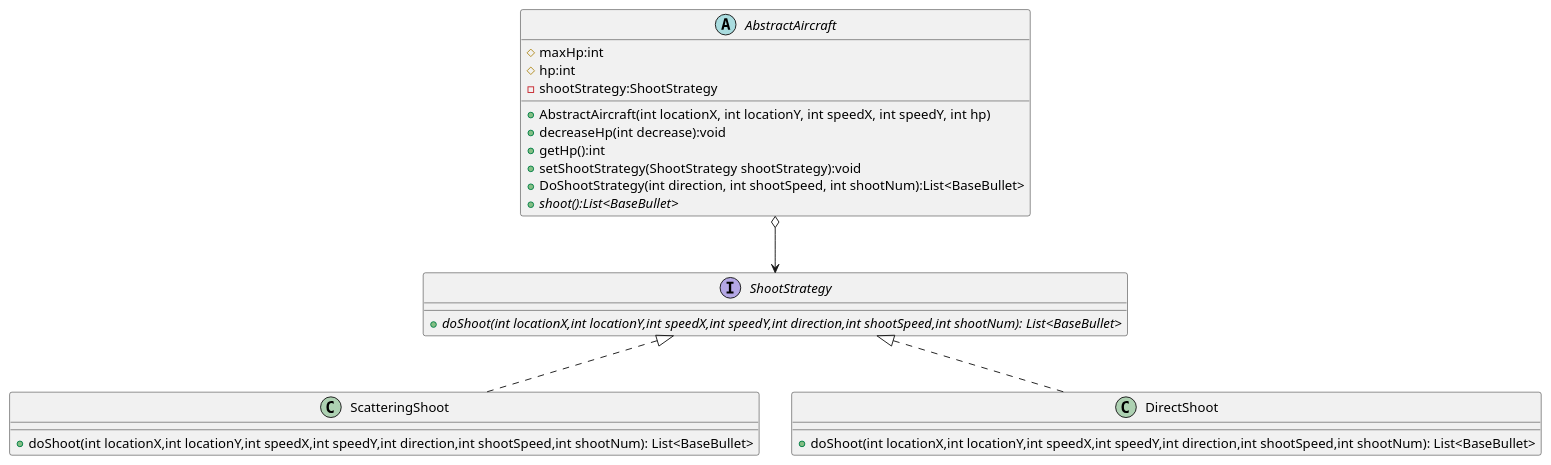
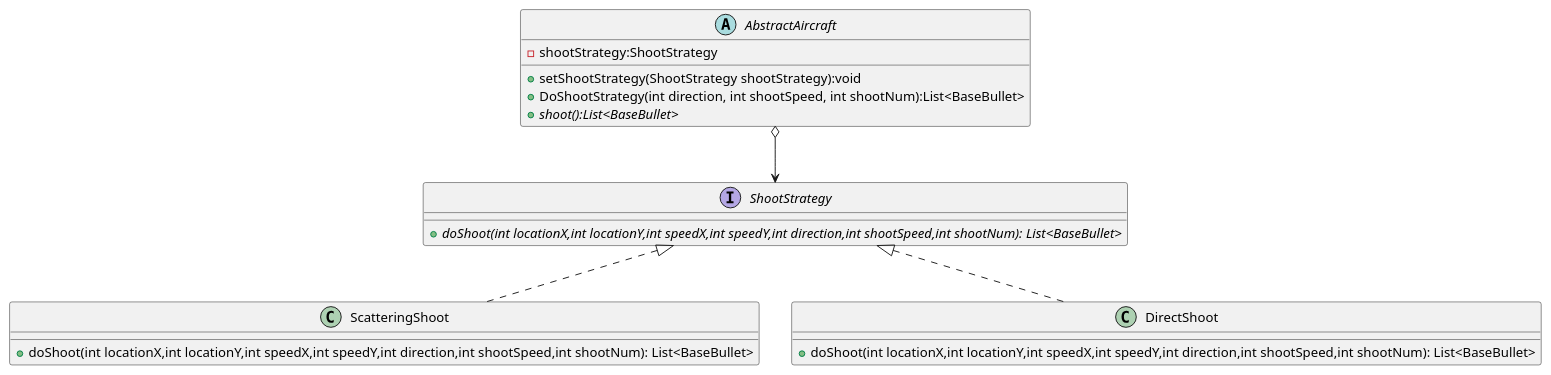
Before and after one commit to jirange/aircraft-war: the diagram in uml/exp4-策略模式.puml, drawn with PlantUML. The commit also changed 21 other files, not shown here.

```diff
--- a/uml/exp4-策略模式.puml
+++ b/uml/exp4-策略模式.puml
@@ -1,42 +1,36 @@
 @startuml
 'https://plantuml.com/class-diagram
 
 '策略模式
 
 abstract class AbstractAircraft
 '抽象飞行器类
 {
-	# maxHp:int
-    # hp:int
     - shootStrategy:ShootStrategy
-
-    + AbstractAircraft(int locationX, int locationY, int speedX, int speedY, int hp)
-    + decreaseHp(int decrease):void
-    + getHp():int
     + setShootStrategy(ShootStrategy shootStrategy):void
     + DoShootStrategy(int direction, int shootSpeed, int shootNum):List<BaseBullet>
     + {abstract} shoot():List<BaseBullet>
 
  }
 interface ShootStrategy
 {
     + {abstract} doShoot(int locationX,int locationY,int speedX,int speedY,int direction,int shootSpeed,int shootNum): List<BaseBullet>
 }
 
 class ScatteringShoot
 {
     + doShoot(int locationX,int locationY,int speedX,int speedY,int direction,int shootSpeed,int shootNum): List<BaseBullet>
 }
 
 class DirectShoot
 {
     + doShoot(int locationX,int locationY,int speedX,int speedY,int direction,int shootSpeed,int shootNum): List<BaseBullet>
 }
 
 ShootStrategy <|.. DirectShoot
 ShootStrategy <|.. ScatteringShoot
 '实现关系
 
 AbstractAircraft o--> ShootStrategy
 
 @enduml
```
